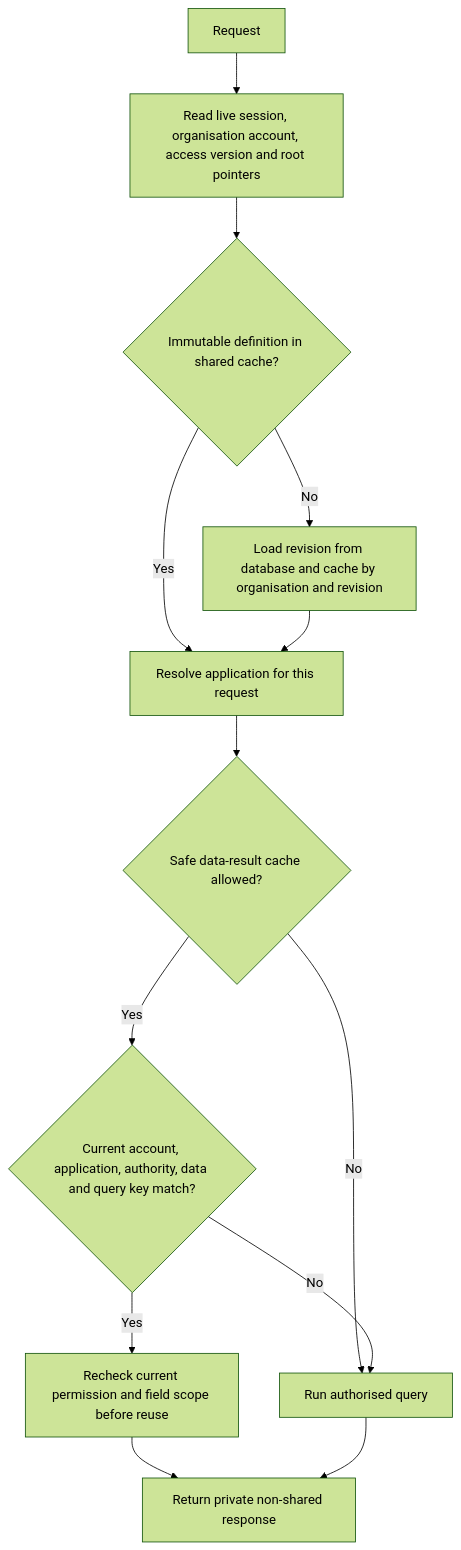
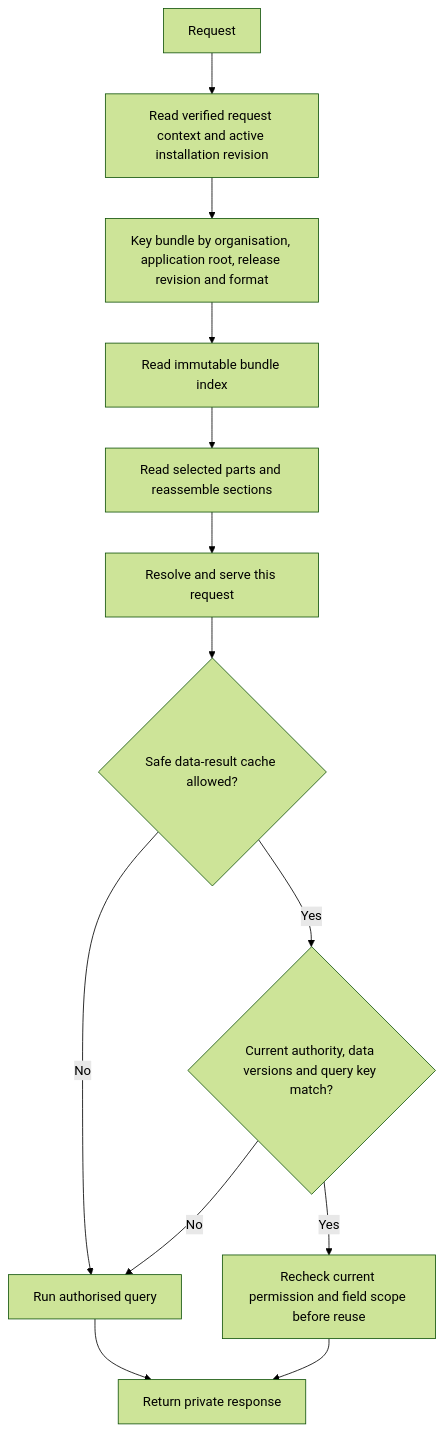
The eighth of 8 diagrams in docs/specification/17-runtime-storage-and-caching.md (Abzum-NZ/Abzum-Vortex), drawn with Mermaid (forest theme) before and after one commit. The commit also changed other lines of this file and 8 other files, not shown here.

Commit message:
#1495 Add immutable runtime bundle storage

````diff
--- a/docs/specification/17-runtime-storage-and-caching.md
+++ b/docs/specification/17-runtime-storage-and-caching.md
@@ -529,15 +529,15 @@
 ```mermaid
 flowchart TD
-    REQ[Request] --> LIVE[Read live session, organisation account, access version and root pointers]
-    LIVE --> DEF{Immutable definition in shared cache?}
-    DEF -- Yes --> RESOLVE[Resolve application for this request]
-    DEF -- No --> DBDEF[Load revision from database and cache by organisation and revision]
-    DBDEF --> RESOLVE
-    RESOLVE --> DATA{Safe data-result cache allowed?}
-    DATA -- Yes --> CHECK{Current account, application, authority, data and query key match?}
+    REQ[Request] --> LIVE[Read verified request context and active installation revision]
+    LIVE --> KEY[Key bundle by organisation, application root, release revision and format]
+    KEY --> IDX[Read immutable bundle index]
+    IDX --> PARTS[Read selected parts and reassemble sections]
+    PARTS --> PAGE[Resolve and serve this request]
+    PAGE --> DATA{Safe data-result cache allowed?}
     DATA -- No --> QUERY[Run authorised query]
+    DATA -- Yes --> CHECK{Current authority, data versions and query key match?}
     CHECK -- No --> QUERY
     CHECK -- Yes --> HIT[Recheck current permission and field scope before reuse]
-    HIT --> PAGE
-    QUERY --> PAGE[Return private non-shared response]
+    HIT --> RESPONSE[Return private response]
+    QUERY --> RESPONSE
 ```
````
